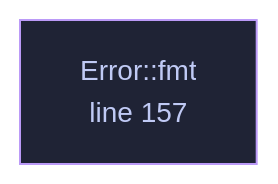
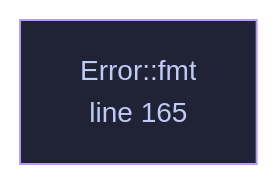
One commit to tilas01/veilvoice changed the diagram in docs/files/veilvoice-crypto/lib.md. Above: the diagram before and after it, drawn with Mermaid. The commit also changed other lines of this file and 102 other files, not shown here.

````diff
--- a/docs/files/veilvoice-crypto/lib.md
+++ b/docs/files/veilvoice-crypto/lib.md
@@ -118,8 +118,8 @@
 ```mermaid
 %%{init: {"theme":"base","themeVariables":{"background":"#1a1b26","primaryColor":"#1f2335","primaryTextColor":"#c0caf5","primaryBorderColor":"#7aa2f7","secondaryColor":"#16161e","tertiaryColor":"#16161e","lineColor":"#737aa2","textColor":"#c0caf5","mainBkg":"#1f2335","nodeBorder":"#7aa2f7","clusterBkg":"#16161e","clusterBorder":"#2f3549","fontFamily":"ui-monospace, SFMono-Regular, Consolas, monospace","fontSize":"14px"}}}%%
 flowchart TD
-    n_fmt["Error::fmt<br/>line 157"]
-    click n_fmt href "https://github.com/tilas01/veilvoice/blob/main/crates/veilvoice-crypto/src/lib.rs#L157" "open the source"
+    n_fmt["Error::fmt<br/>line 165"]
+    click n_fmt href "https://github.com/tilas01/veilvoice/blob/main/crates/veilvoice-crypto/src/lib.rs#L165" "open the source"
     classDef helper fill:#1f2335,stroke:#bb9af7,color:#c0caf5
     class n_fmt helper
 ```
````
